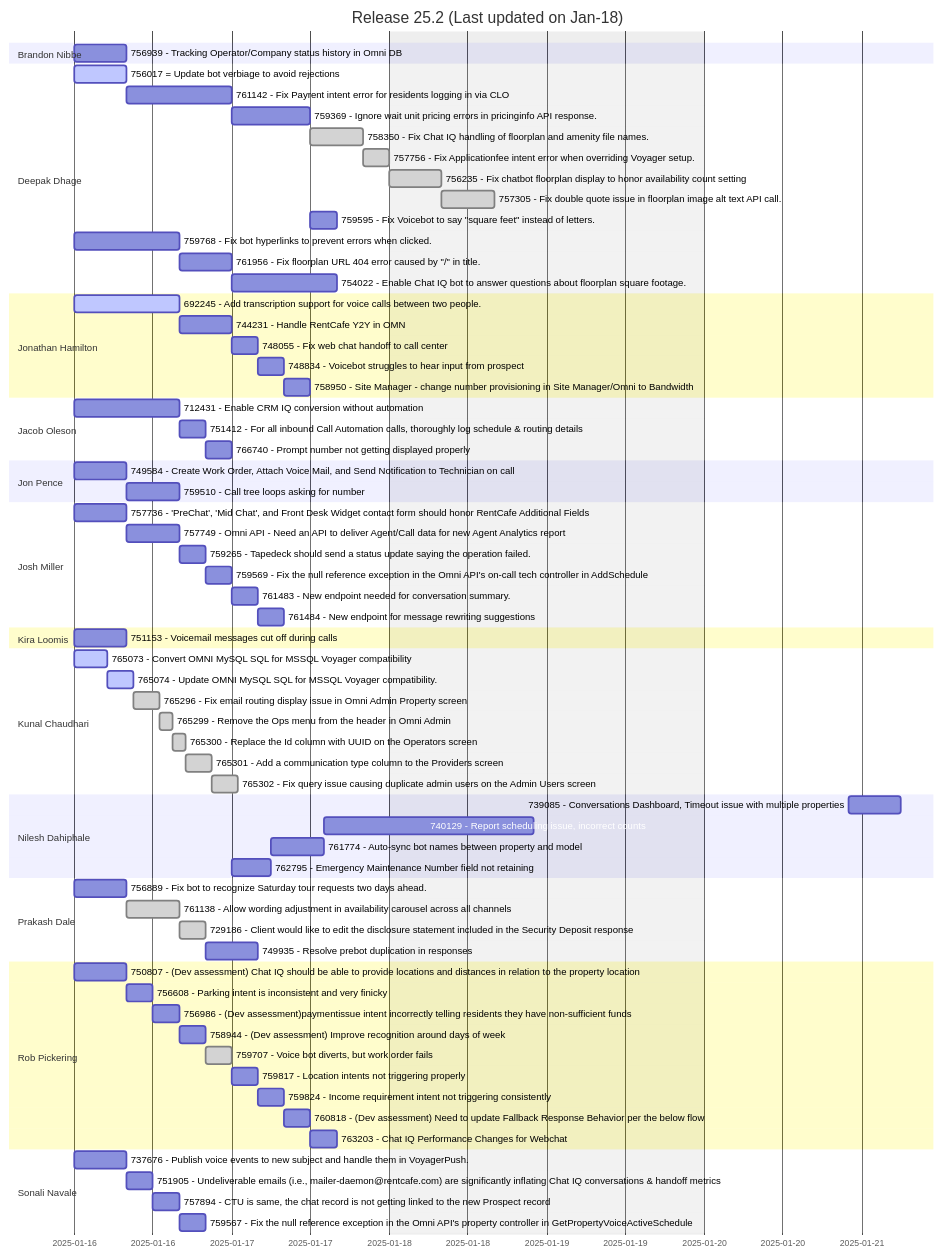
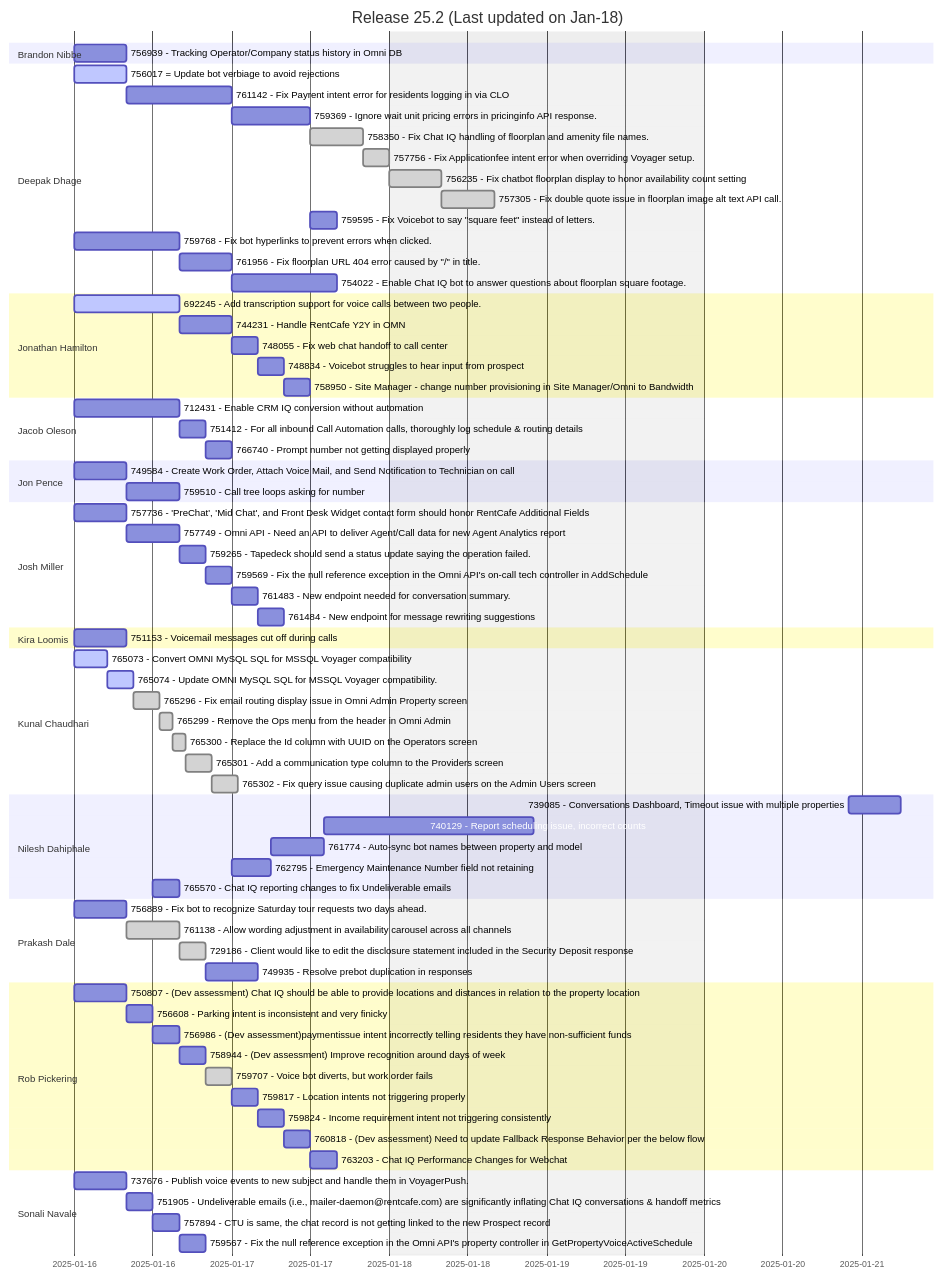
Before and after one commit to prakash-dale/prakash-dale.github.io: the first of 2 diagrams in README.md, drawn with Mermaid.

Commit message:
* docs(README.md): add new gantt task for fixing Undeliverable emails in Chat IQ reporting * docs(README.md): add new task for fixing bot to recognize Saturday tour requests two days ahead

```diff
--- a/README.md
+++ b/README.md
@@ -66,6 +66,8 @@
         740129 - Report scheduling issue, incorrect counts: 740129, after 761774, 32h
         761774 - Auto-sync bot names between property and model: 761774, after 762795, 8h
         762795 - Emergency Maintenance Number field not retaining: 762795, Jan-17, 6h
+        765570 - Chat IQ reporting changes to fix Undeliverable emails: 765570, after 751905, 4h
+
     
     section Prakash Dale
         756889 - Fix bot to recognize Saturday tour requests two days ahead.    : 756889, Jan-16, 8h
```
